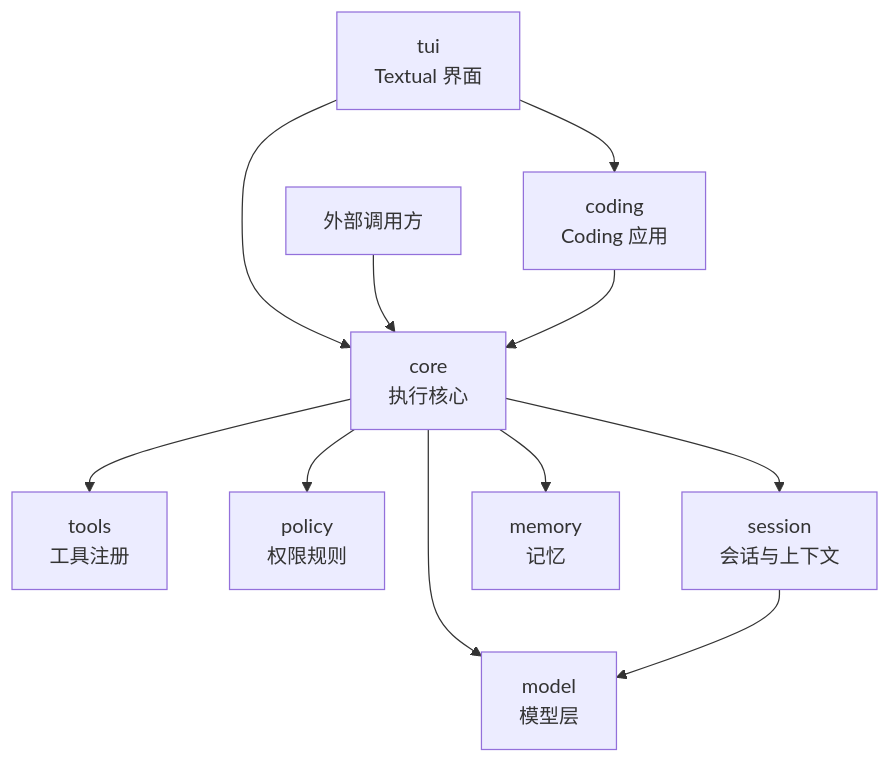
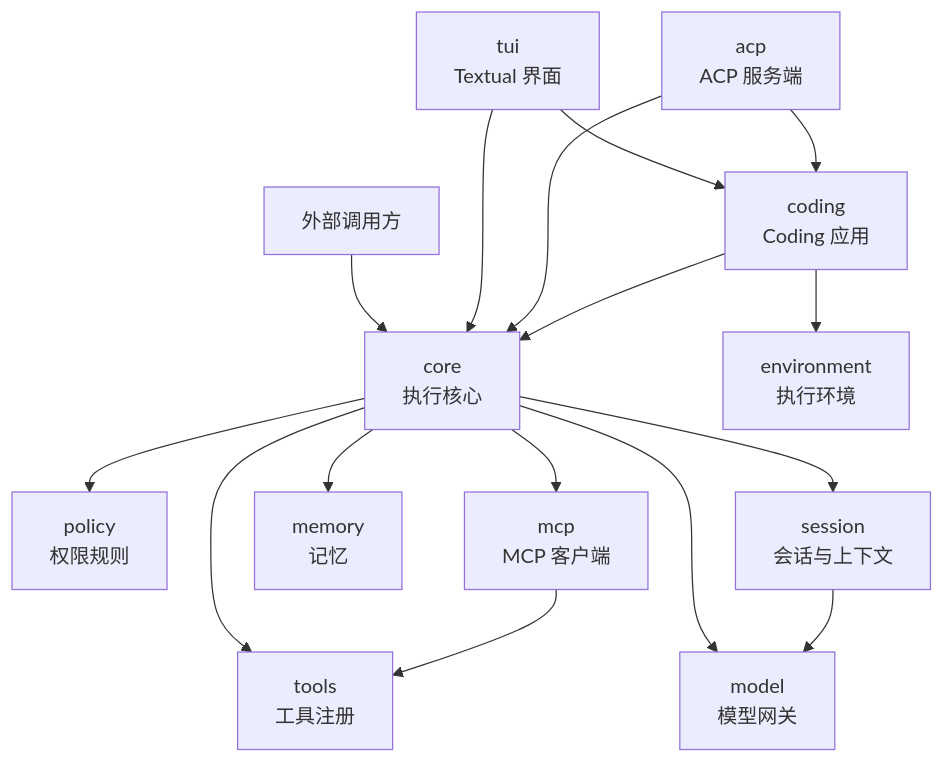
The diagram in docs/architecture.md (yyylegend/AutoCoding-Machine), drawn with Mermaid before and after one commit. The commit also changed other lines of this file and 3 other files, not shown here.

````diff
--- a/docs/architecture.md
+++ b/docs/architecture.md
@@ -25,13 +25,18 @@
 ```mermaid
 flowchart TD
-    tui["tui<br/>Textual 界面"] --> core
+    tui["tui<br/>Textual 界面"] --> coding
+    acp["acp<br/>ACP 服务端"] --> coding
     caller["外部调用方"] --> core
+    tui --> core
+    acp --> core
     coding["coding<br/>Coding 应用"] --> core
-    tui --> coding
+    coding --> environment["environment<br/>执行环境"]
     core["core<br/>执行核心"] --> tools["tools<br/>工具注册"]
     core --> policy["policy<br/>权限规则"]
     core --> session["session<br/>会话与上下文"]
     core --> memory["memory<br/>记忆"]
-    core --> model["model<br/>模型层"]
+    core --> mcp["mcp<br/>MCP 客户端"]
+    core --> model["model<br/>模型网关"]
+    mcp --> tools
     session --> model
 ```
````
